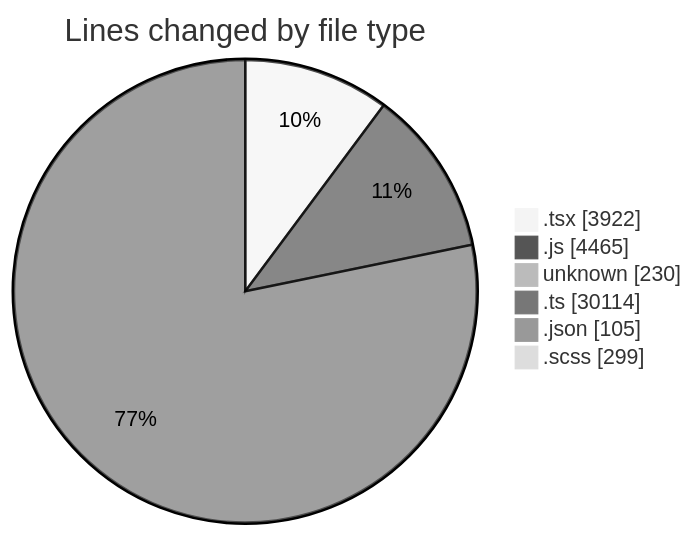
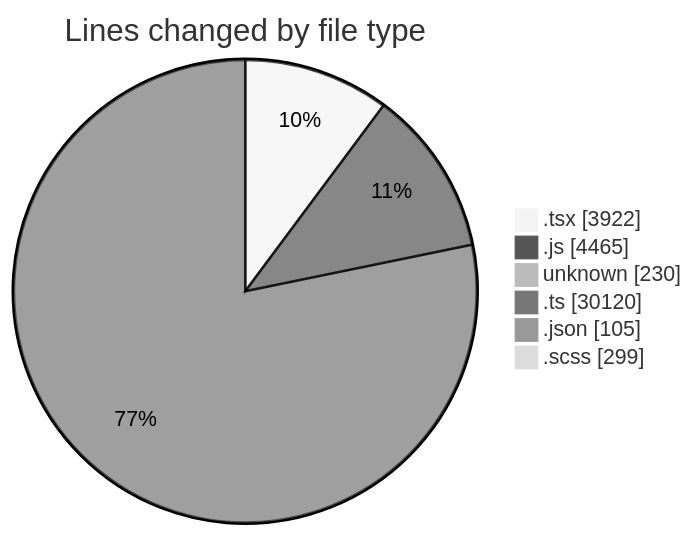
Before and after one commit to momahboobian/code-tracking: the first of 2 diagrams in 2026-05-06/cda/README.md, drawn with Mermaid (neutral theme). The commit also changed other lines of this file and 1 other file, not shown here.

````diff
--- a/2026-05-06/cda/README.md
+++ b/2026-05-06/cda/README.md
@@ -91,10 +91,10 @@
 ```mermaid
 pie showData
 title Lines changed by file type
 ".tsx" : 3922
 ".js" : 4465
 "unknown" : 230
-".ts" : 30114
+".ts" : 30120
 ".json" : 105
 ".scss" : 299
 ```
````
